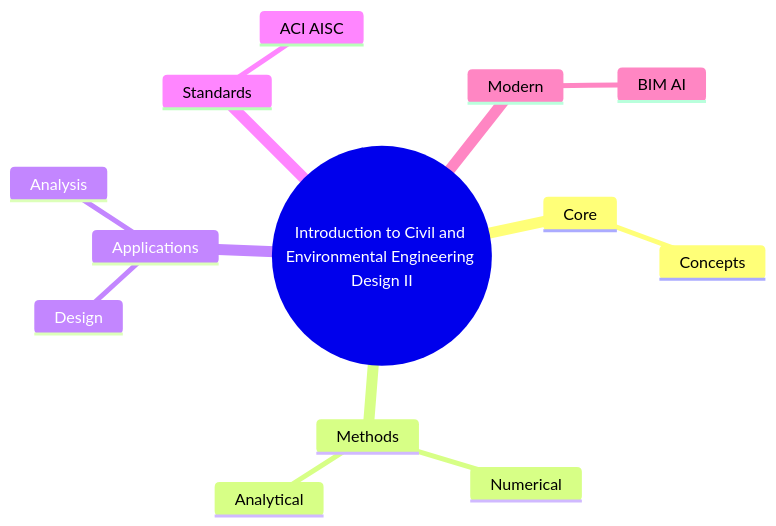
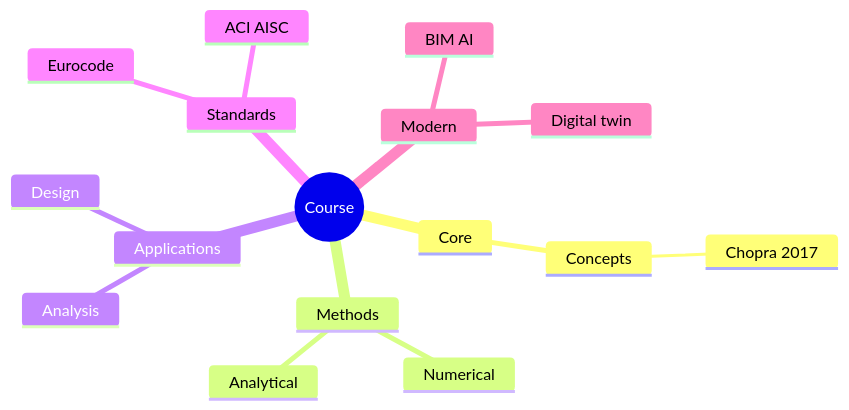
One commit to yip-lgtm/civil-bootcamp changed the second of 6 diagrams in MIT_CEE_Core/Track_3_Energy_Transportation_Societal_Systems/Transportation_Urban_Systems/04_1.102_Introduction_to_CEE_Design_II.md. Above: the diagram before and after it, drawn with Mermaid. The commit also changed other lines of this file and 56 other files, not shown here.

First line of the commit message:
civil-bootcamp: Multi-Agent Pipeline infra + clean 47 garbage files (CORE_DEEPDIVE template → real content)

````diff
--- a/MIT_CEE_Core/Track_3_Energy_Transportation_Societal_Systems/Transportation_Urban_Systems/04_1.102_Introduction_to_CEE_Design_II.md
+++ b/MIT_CEE_Core/Track_3_Energy_Transportation_Societal_Systems/Transportation_Urban_Systems/04_1.102_Introduction_to_CEE_Design_II.md
@@ -261,16 +441,19 @@
 ```mermaid
 mindmap
-    root((Introduction to Civil and Environmental Engineering Design II))
-      Core
-        Concepts
-      Methods
-        Analytical
-        Numerical
-      Applications
-        Design
-        Analysis
-      Standards
-        ACI AISC
-      Modern
-        BIM AI
+  root((Course))
+    Core
+      Concepts
+        Chopra 2017
+    Methods
+      Analytical
+      Numerical
+    Applications
+      Design
+      Analysis
+    Standards
+      ACI AISC
+      Eurocode
+    Modern
+      BIM AI
+      Digital twin
 ```
````
